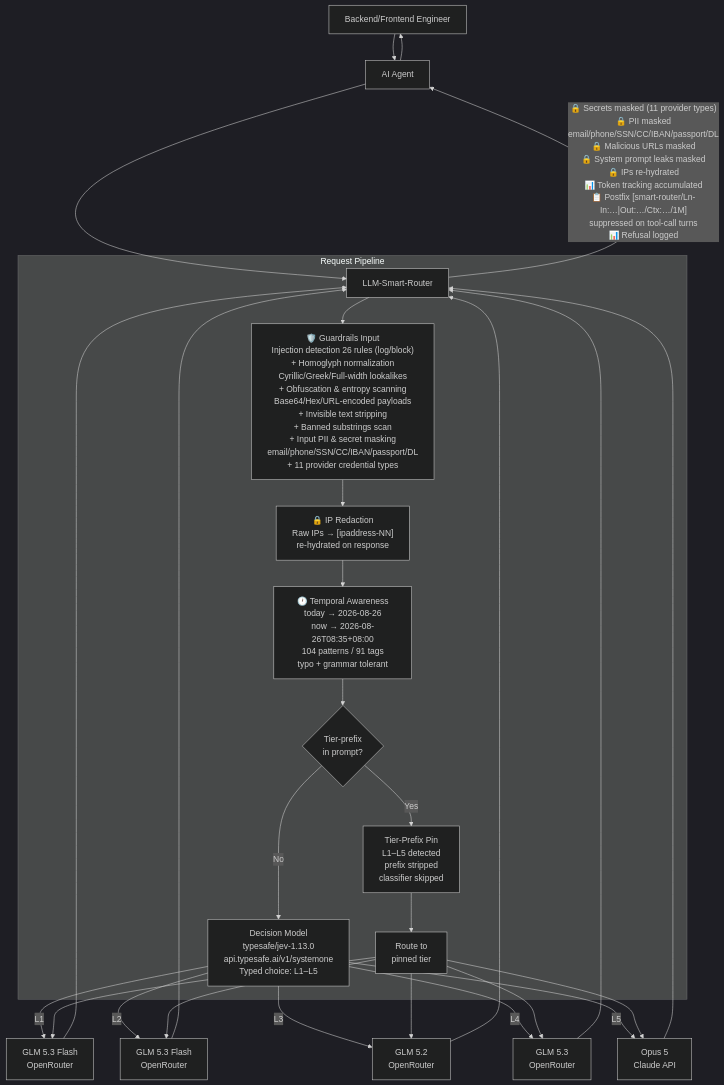
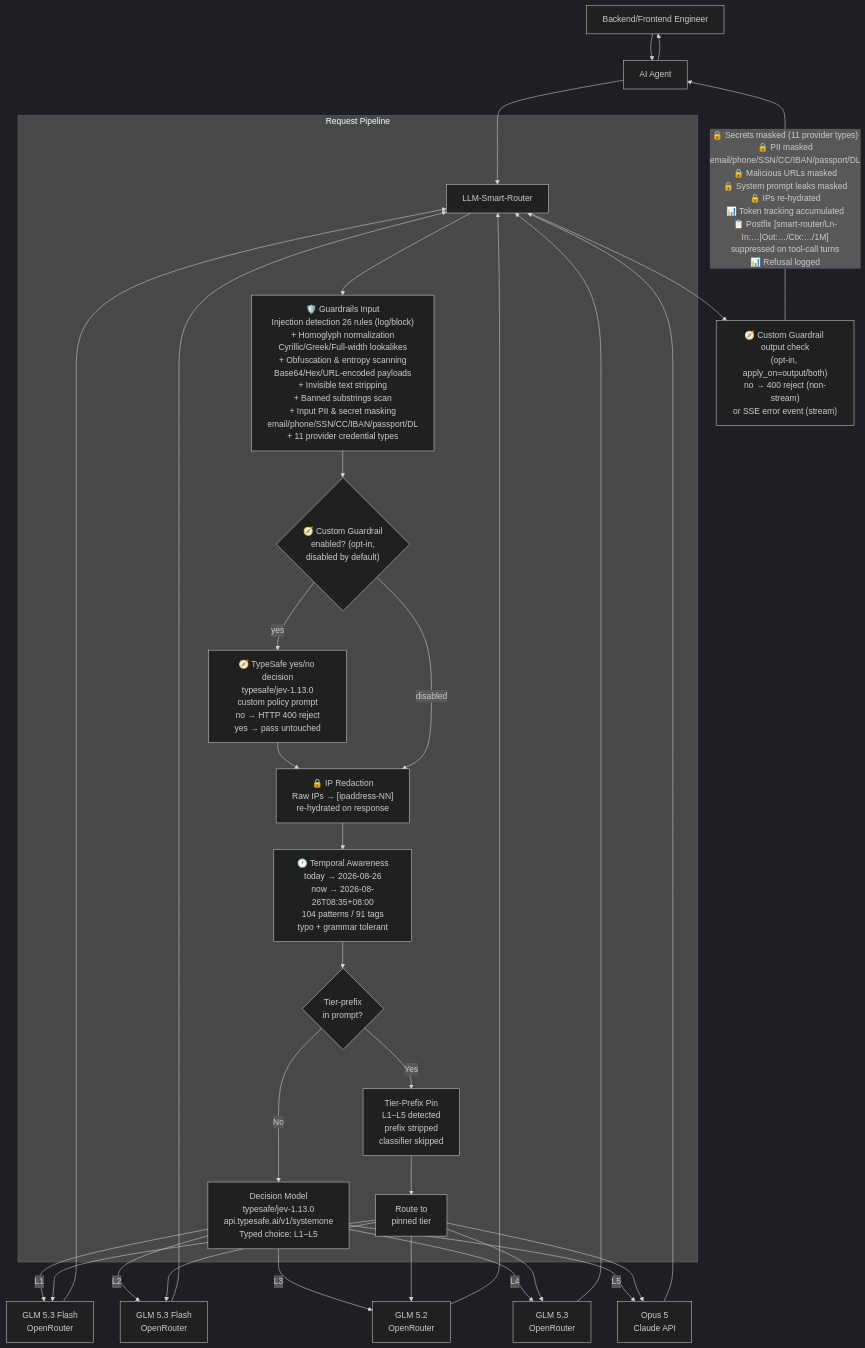
The diagram in README.md (Green-Needle-Tech/llm-smart-router), drawn with Mermaid (dark theme) before and after one commit. The commit also changed 1 other file, not shown here.

Commit message:
docs: add custom guardrail to README and spec mermaid diagrams
- README flowchart: opt-in custom guardrail decision node after input
  guardrails (enabled? -> TypeSafe yes/no, no -> 400 reject) and output
  check node before response masking
- spec 1.3 user flow: same input decision + output check before postfix
- spec 2.2 lifecycle: step 2b-2 (input) and 10c-2 (output) added
- all 3 diagrams validated with mermaid v11 parse (OK)

````diff
--- a/README.md
+++ b/README.md
@@ -302,35 +302,39 @@
 ```mermaid
 flowchart TD
     A[Backend/Frontend Engineer] --> B[AI Agent]
     B --> C[LLM-Smart-Router]
 
     subgraph Router [Request Pipeline]
         C --> P1["🛡️ Guardrails Input<br/>Injection detection 26 rules (log/block)<br/>+ Homoglyph normalization<br/>Cyrillic/Greek/Full-width lookalikes<br/>+ Obfuscation & entropy scanning<br/>Base64/Hex/URL-encoded payloads<br/>+ Invisible text stripping<br/>+ Banned substrings scan<br/>+ Input PII & secret masking<br/>email/phone/SSN/CC/IBAN/passport/DL<br/>+ 11 provider credential types"]
-        P1 --> P2["🔒 IP Redaction<br/>Raw IPs → [ipaddress-NN]<br/>re-hydrated on response"]
+        P1 --> CG{"🧭 Custom Guardrail<br/>enabled? (opt-in,<br/>disabled by default)"}
+        CG -->|yes| CG2["🧭 TypeSafe yes/no decision<br/>typesafe/jev-1.13.0<br/>custom policy prompt<br/>no → HTTP 400 reject<br/>yes → pass untouched"]
+        CG2 --> P2
+        CG -->|disabled| P2["🔒 IP Redaction<br/>Raw IPs → [ipaddress-NN]<br/>re-hydrated on response"]
         P2 --> P2T["🕐 Temporal Awareness<br/>today → 2026-08-26<br/>now → 2026-08-26T08:35+08:00<br/>104 patterns / 91 tags<br/>typo + grammar tolerant"]
         P2T --> TP{"Tier-prefix<br/>in prompt?"}
         TP -->|Yes| TP2["Tier-Prefix Pin<br/>L1–L5 detected<br/>prefix stripped<br/>classifier skipped"]
         TP -->|No| D["Decision Model<br/>typesafe/jev-1.13.0<br/>api.typesafe.ai/v1/systemone<br/>Typed choice: L1–L5"]
         TP2 --> D2["Route to<br/>pinned tier"]
     end
 
     D -->|L1| E[GLM 5.3 Flash<br/>OpenRouter]
     D -->|L2| F[GLM 5.3 Flash<br/>OpenRouter]
     D -->|L3| F2[GLM 5.2<br/>OpenRouter]
     D -->|L4| F3[GLM 5.3<br/>OpenRouter]
     D -->|L5| H[Opus 5<br/>Claude API]
     D2 --> E
     D2 --> F
     D2 --> F2
     D2 --> F3
     D2 --> H
 
     E --> C
     F --> C
     F2 --> C
     F3 --> C
     H --> C
 
-    C -->|"🔒 Secrets masked (11 provider types)<br/>🔒 PII masked<br/>email/phone/SSN/CC/IBAN/passport/DL<br/>🔒 Malicious URLs masked<br/>🔒 System prompt leaks masked<br/>🔒 IPs re-hydrated<br/>📊 Token tracking accumulated<br/>📋 Postfix [smart-router/Ln-In:…|Out:…/Ctx:…/1M]<br/>suppressed on tool-call turns<br/>📊 Refusal logged"| B
+    C --> CGO["🧭 Custom Guardrail output check<br/>(opt-in, apply_on=output/both)<br/>no → 400 reject (non-stream)<br/>or SSE error event (stream)"]
+    CGO -->|"🔒 Secrets masked (11 provider types)<br/>🔒 PII masked<br/>email/phone/SSN/CC/IBAN/passport/DL<br/>🔒 Malicious URLs masked<br/>🔒 System prompt leaks masked<br/>🔒 IPs re-hydrated<br/>📊 Token tracking accumulated<br/>📋 Postfix [smart-router/Ln-In:…|Out:…/Ctx:…/1M]<br/>suppressed on tool-call turns<br/>📊 Refusal logged"| B
     B --> A
 ```
````
